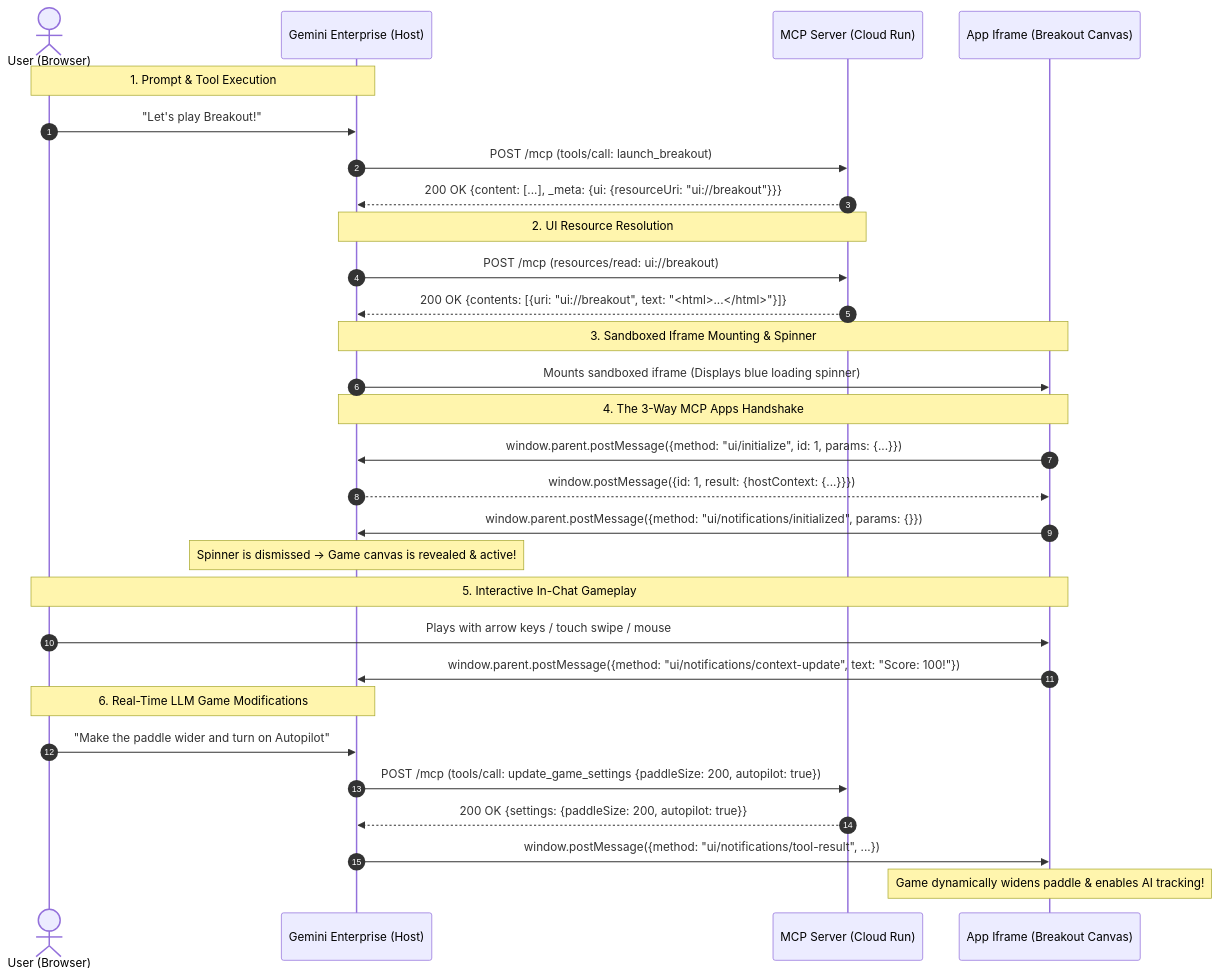
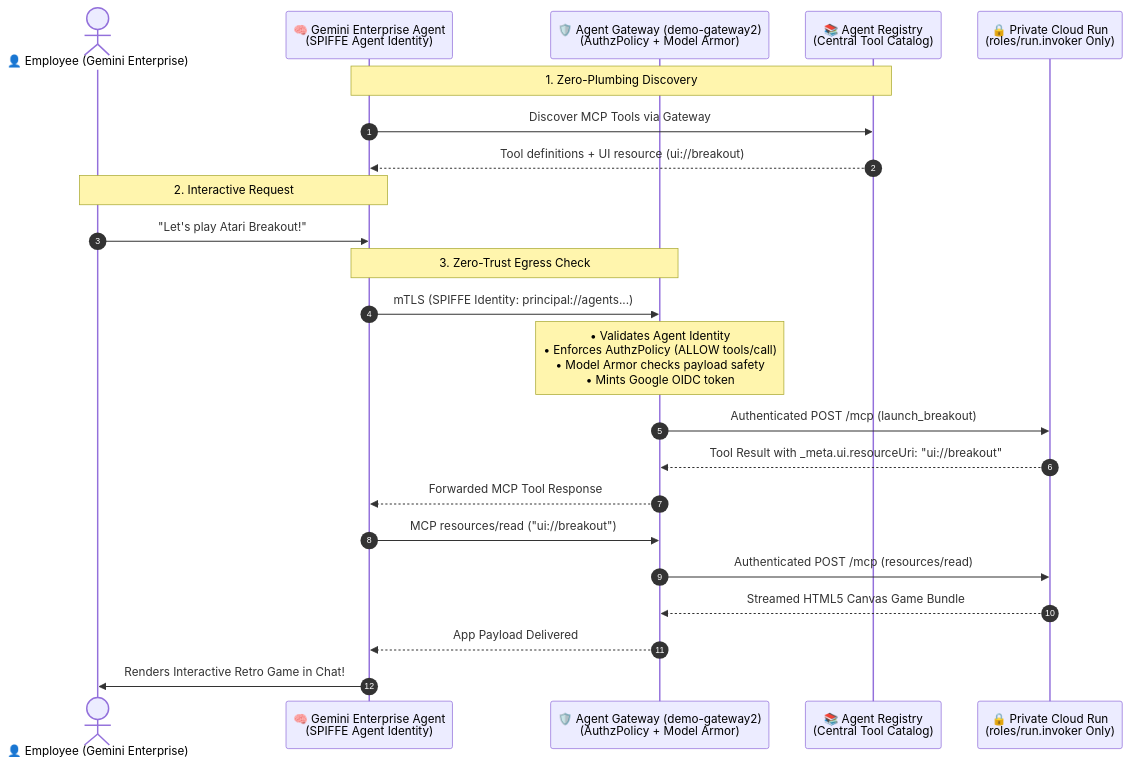
One commit to spaulds/mcp-app-breakout-ge changed the first of 2 diagrams in README.md. Above: the diagram before and after it, drawn with Mermaid. The commit also changed other lines of this file and 3 other files, not shown here.

First line of the commit message:
feat(security,ui): implement Agent Identity & Gateway governance, laser cannons, and session continuity

````diff
--- a/README.md
+++ b/README.md
@@ -63,37 +18,30 @@
 ```mermaid
 sequenceDiagram
     autonumber
-    actor User as User (Browser)
-    participant GE as Gemini Enterprise (Host)
-    participant MCP as MCP Server (Cloud Run)
-    participant UI as App Iframe (Breakout Canvas)
+    actor User as 👤 Employee (Gemini Enterprise)
+    participant GE as 🧠 Gemini Enterprise Agent<br/>(SPIFFE Agent Identity)
+    participant AGW as 🛡️ Agent Gateway (demo-gateway2)<br/>(AuthzPolicy + Model Armor)
+    participant REG as 📚 Agent Registry<br/>(Central Tool Catalog)
+    participant CR as 🔒 Private Cloud Run<br/>(roles/run.invoker Only)
 
-    Note over User,GE: 1. Prompt & Tool Execution
-    User->>GE: "Let's play Breakout!"
-    GE->>MCP: POST /mcp (tools/call: launch_breakout)
-    MCP-->>GE: 200 OK {content: [...], _meta: {ui: {resourceUri: "ui://breakout"}}}
+    Note over GE,REG: 1. Zero-Plumbing Discovery
+    GE->>REG: Discover MCP Tools via Gateway
+    REG-->>GE: Tool definitions + UI resource (ui://breakout)
 
-    Note over GE,MCP: 2. UI Resource Resolution
-    GE->>MCP: POST /mcp (resources/read: ui://breakout)
-    MCP-->>GE: 200 OK {contents: [{uri: "ui://breakout", text: "<html>...</html>"}]}
+    Note over User,GE: 2. Interactive Request
+    User->>GE: "Let's play Atari Breakout!"
+    
+    Note over GE,AGW: 3. Zero-Trust Egress Check
+    GE->>AGW: mTLS (SPIFFE Identity: principal://agents...)
+    Note over AGW: • Validates Agent Identity<br/>• Enforces AuthzPolicy (ALLOW tools/call)<br/>• Model Armor checks payload safety<br/>• Mints Google OIDC token
 
-    Note over GE,UI: 3. Sandboxed Iframe Mounting & Spinner
-    GE->>UI: Mounts sandboxed iframe (Displays blue loading spinner)
+    AGW->>CR: Authenticated POST /mcp (launch_breakout)
+    CR-->>AGW: Tool Result with _meta.ui.resourceUri: "ui://breakout"
+    AGW-->>GE: Forwarded MCP Tool Response
 
-    Note over GE,UI: 4. The 3-Way MCP Apps Handshake
-    UI->>GE: window.parent.postMessage({method: "ui/initialize", id: 1, params: {...}})
-    GE-->>UI: window.postMessage({id: 1, result: {hostContext: {...}}})
-    UI->>GE: window.parent.postMessage({method: "ui/notifications/initialized", params: {}})
-    Note over GE: Spinner is dismissed -> Game canvas is revealed & active!
-
-    Note over User,UI: 5. Interactive In-Chat Gameplay
-    User->>UI: Plays with arrow keys / touch swipe / mouse
-    UI->>GE: window.parent.postMessage({method: "ui/notifications/context-update", text: "Score: 100!"})
-
-    Note over User,GE: 6. Real-Time LLM Game Modifications
-    User->>GE: "Make the paddle wider and turn on Autopilot"
-    GE->>MCP: POST /mcp (tools/call: update_game_settings {paddleSize: 200, autopilot: true})
-    MCP-->>GE: 200 OK {settings: {paddleSize: 200, autopilot: true}}
-    GE->>UI: window.postMessage({method: "ui/notifications/tool-result", ...})
-    Note over UI: Game dynamically widens paddle & enables AI tracking!
+    GE->>AGW: MCP resources/read ("ui://breakout")
+    AGW->>CR: Authenticated POST /mcp (resources/read)
+    CR-->>AGW: Streamed HTML5 Canvas Game Bundle
+    AGW-->>GE: App Payload Delivered
+    GE->>User: Renders Interactive Retro Game in Chat!
 ```
````
